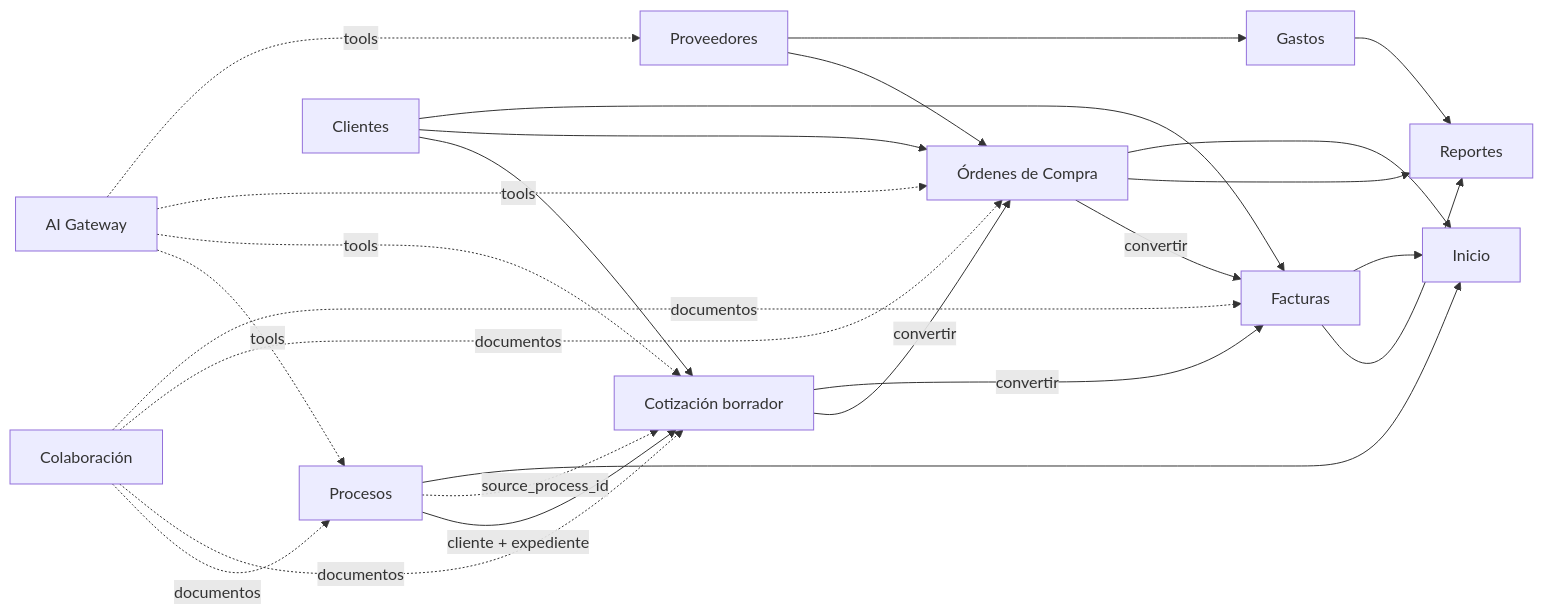
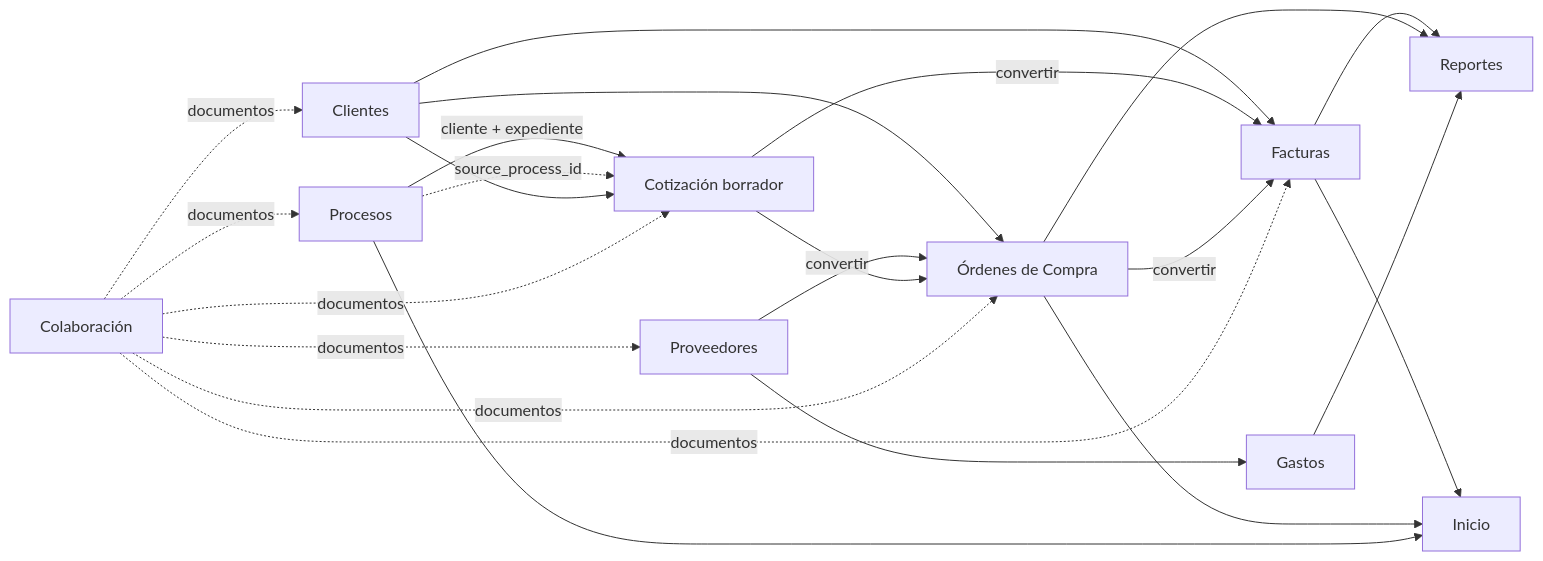
The second of 4 diagrams in docs/architecture/oficina-ai-v2.md (Ahcast/Bastion), drawn with Mermaid before and after one commit. The commit also changed other lines of this file, not shown here.

````diff
--- a/docs/architecture/oficina-ai-v2.md
+++ b/docs/architecture/oficina-ai-v2.md
@@ -167,33 +202,31 @@
 ```mermaid
 flowchart LR
-    P[Procesos] -->|cliente + expediente| Q[Cotización borrador]
+    P["Procesos"] -->|"cliente + expediente"| Q["Cotización borrador"]
     P -. source_process_id .-> Q
-    C[Clientes] --> Q
-    C --> O[Órdenes de Compra]
-    C --> I[Facturas]
 
-    Q -->|convertir| O
-    Q -->|convertir| I
-    O -->|convertir| I
+    C["Clientes"] --> Q
+    C --> O["Órdenes de Compra"]
+    C --> I["Facturas"]
 
-    S[Proveedores] --> O
-    S --> G[Gastos]
+    S["Proveedores"] --> O
+    S --> G["Gastos"]
 
-    I --> R[Reportes]
+    Q -->|"convertir"| O
+    Q -->|"convertir"| I
+    O -->|"convertir"| I
+
+    I --> R["Reportes"]
     O --> R
     G --> R
 
-    I --> D[Inicio]
+    I --> D["Inicio"]
     O --> D
     P --> D
 
-    COL[Colaboración] -. documentos .-> P
+    COL["Colaboración"] -. documentos .-> P
     COL -. documentos .-> Q
     COL -. documentos .-> O
     COL -. documentos .-> I
-
-    AI[AI Gateway] -. tools .-> P
-    AI -. tools .-> Q
-    AI -. tools .-> O
-    AI -. tools .-> S
+    COL -. documentos .-> C
+    COL -. documentos .-> S
 ```
````
